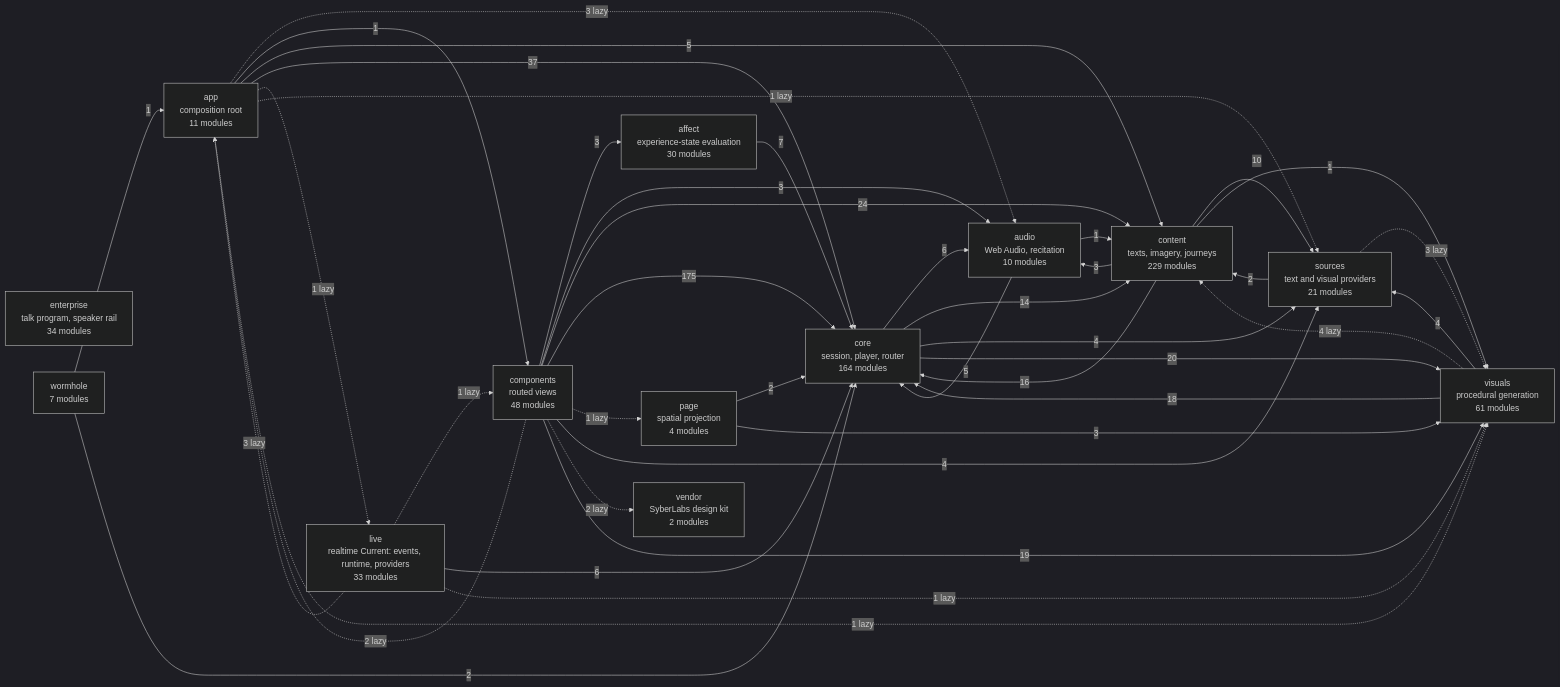
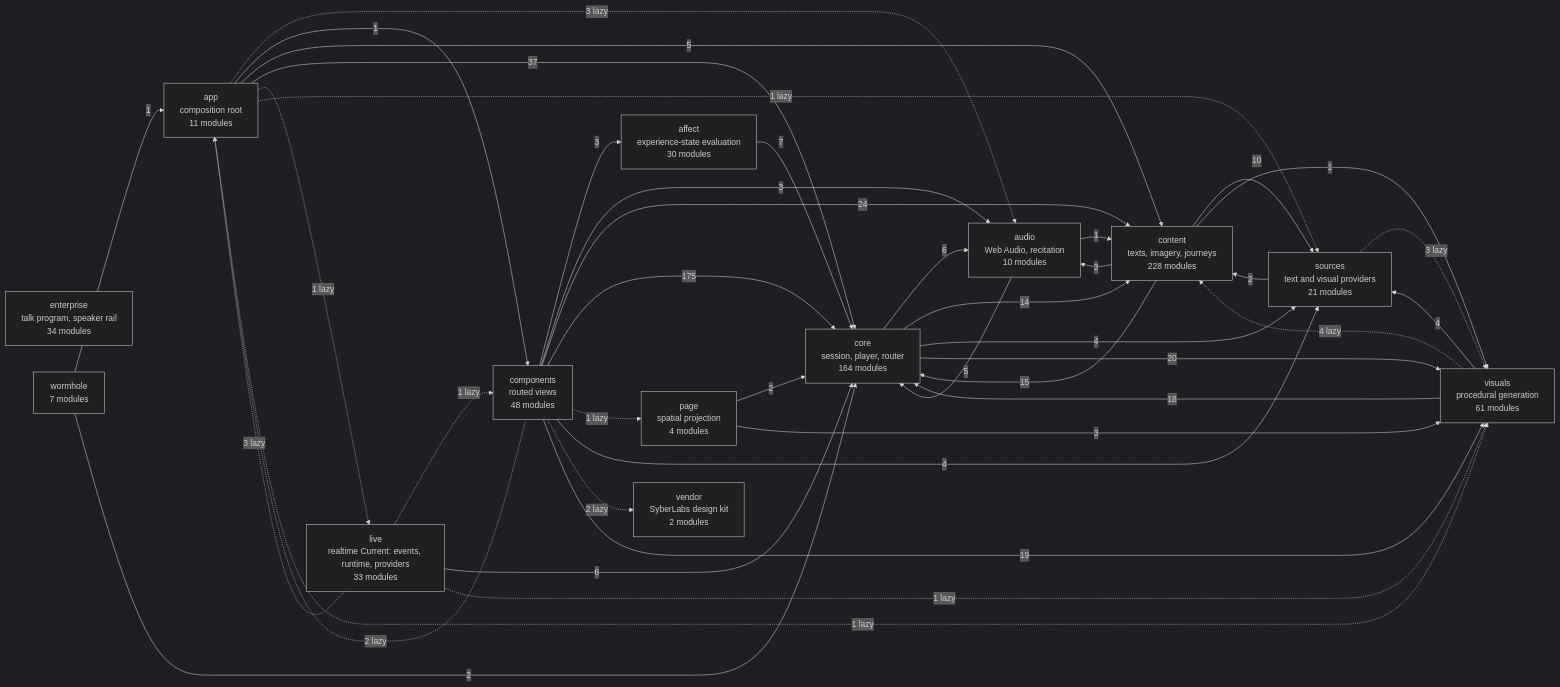
Before and after one commit to SyberLabs/RISE: the diagram in docs/specs/ARCHITECTURE.md, drawn with Mermaid (dark theme). The commit also changed 5 other files, not shown here.

````diff
--- a/docs/specs/ARCHITECTURE.md
+++ b/docs/specs/ARCHITECTURE.md
@@ -160,57 +160,57 @@
 ```mermaid
 flowchart LR
     affect["affect<br/>experience-state evaluation<br/>30 modules"]
     app["app<br/>composition root<br/>11 modules"]
     audio["audio<br/>Web Audio, recitation<br/>10 modules"]
     components["components<br/>routed views<br/>48 modules"]
-    content["content<br/>texts, imagery, journeys<br/>229 modules"]
+    content["content<br/>texts, imagery, journeys<br/>228 modules"]
     core["core<br/>session, player, router<br/>164 modules"]
     enterprise["enterprise<br/>talk program, speaker rail<br/>34 modules"]
     live["live<br/>realtime Current: events, runtime, providers<br/>33 modules"]
     page["page<br/>spatial projection<br/>4 modules"]
     sources["sources<br/>text and visual providers<br/>21 modules"]
     vendor["vendor<br/>SyberLabs design kit<br/>2 modules"]
     visuals["visuals<br/>procedural generation<br/>61 modules"]
     wormhole["wormhole<br/>7 modules"]
 
     affect --> |7| core
     app -.-> |3 lazy| audio
     app --> |1| components
     app --> |5| content
     app --> |37| core
     app -.-> |1 lazy| live
     app -.-> |1 lazy| sources
     app -.-> |1 lazy| visuals
     audio --> |1| content
     audio --> |5| core
     components --> |3| affect
     components -.-> |2 lazy| app
     components --> |3| audio
     components --> |24| content
     components --> |175| core
     components -.-> |1 lazy| page
     components --> |4| sources
     components -.-> |2 lazy| vendor
     components --> |19| visuals
     content --> |3| audio
-    content --> |16| core
+    content --> |15| core
     content --> |10| sources
     content --> |1| visuals
     core --> |6| audio
     core --> |14| content
     core --> |4| sources
     core --> |20| visuals
     live -.-> |3 lazy| app
     live -.-> |1 lazy| components
     live --> |6| core
     live -.-> |1 lazy| visuals
     page --> |2| core
     page --> |3| visuals
     sources --> |2| content
     sources -.-> |3 lazy| visuals
     visuals -.-> |4 lazy| content
     visuals --> |18| core
     visuals --> |4| sources
     wormhole --> |1| app
     wormhole --> |2| core
 ```
````
